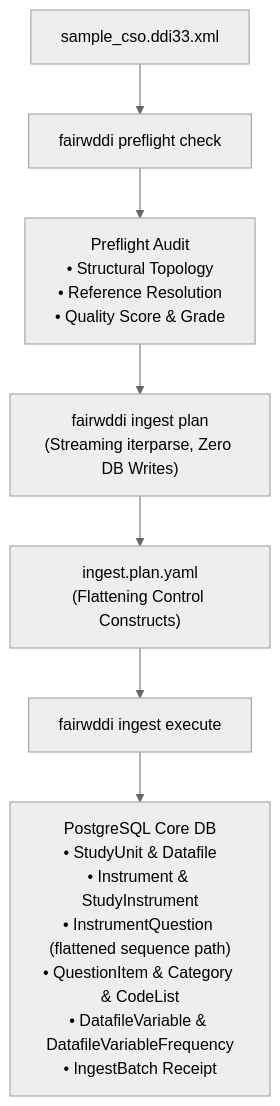
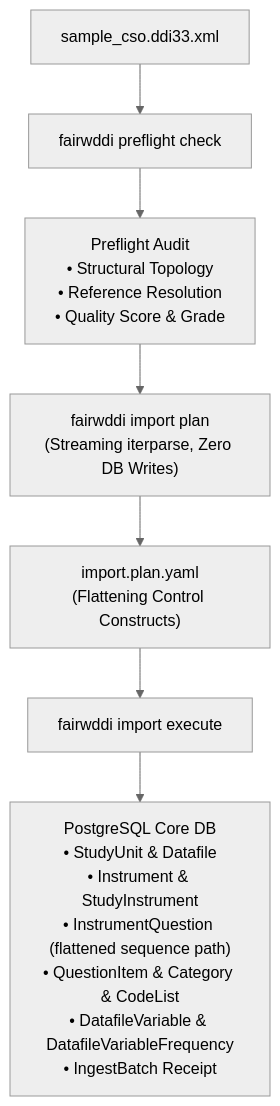
Before and after one commit to PlgaH/fairwddi-wp3-3: the third of 5 diagrams in deliverables/research/ingestion_workflows.md, drawn with Mermaid (neutral theme). The commit also changed other lines of this file and 163 other files, not shown here.

````diff
--- a/deliverables/research/ingestion_workflows.md
+++ b/deliverables/research/ingestion_workflows.md
@@ -379,9 +379,9 @@
 ```mermaid
 flowchart TD
     A["sample_cso.ddi33.xml"] --> B["fairwddi preflight check"]
     B --> C["Preflight Audit\n• Structural Topology\n• Reference Resolution\n• Quality Score & Grade"]
-    C --> D["fairwddi ingest plan\n(Streaming iterparse, Zero DB Writes)"]
-    D --> E["ingest.plan.yaml\n(Flattening Control Constructs)"]
-    E --> F["fairwddi ingest execute"]
+    C --> D["fairwddi import plan\n(Streaming iterparse, Zero DB Writes)"]
+    D --> E["import.plan.yaml\n(Flattening Control Constructs)"]
+    E --> F["fairwddi import execute"]
     F --> G["PostgreSQL Core DB\n• StudyUnit & Datafile\n• Instrument & StudyInstrument\n• InstrumentQuestion (flattened sequence path)\n• QuestionItem & Category & CodeList\n• DatafileVariable & DatafileVariableFrequency\n• IngestBatch Receipt"]
 ```
````
